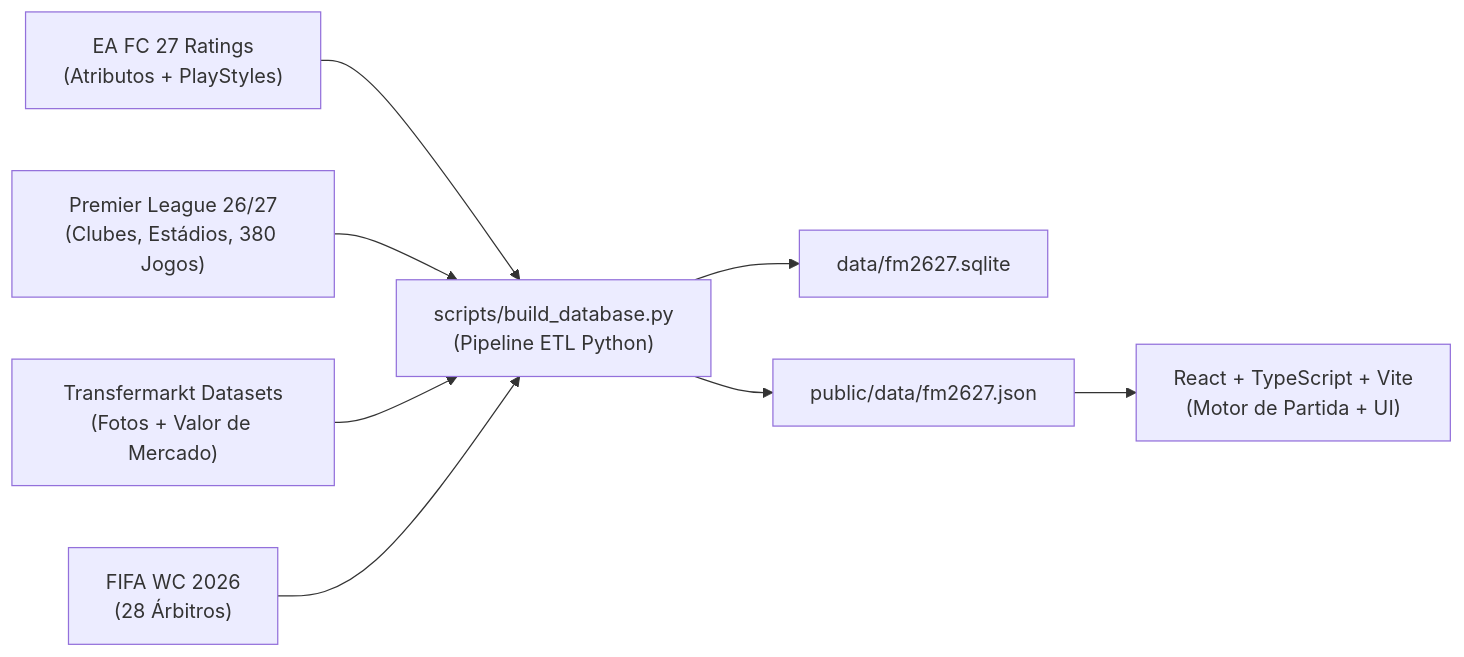
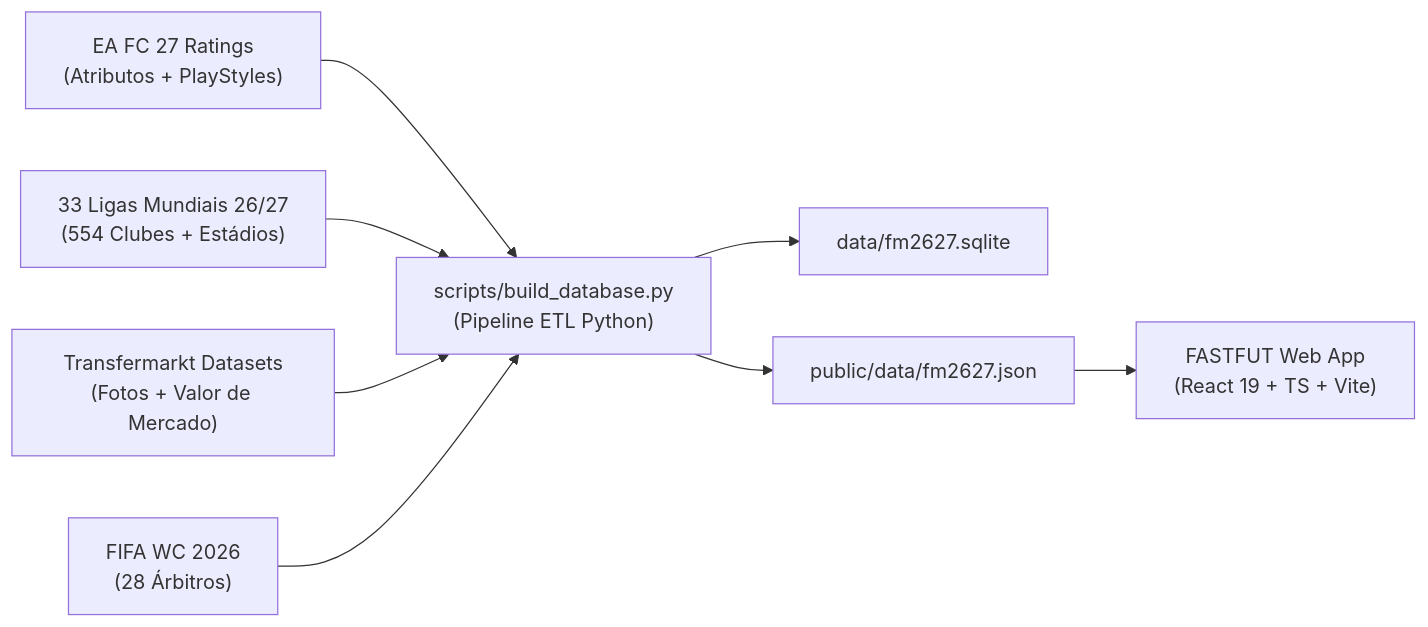
The diagram in README.md (salanmato/fastfut), drawn with Mermaid before and after one commit. The commit also changed other lines of this file and 5 other files, not shown here.

````diff
--- a/README.md
+++ b/README.md
@@ -37,10 +36,10 @@
 ```mermaid
 flowchart LR
     A["EA FC 27 Ratings<br/>(Atributos + PlayStyles)"] --> E["scripts/build_database.py<br/>(Pipeline ETL Python)"]
-    B["Premier League 26/27<br/>(Clubes, Estádios, 380 Jogos)"] --> E
+    B["33 Ligas Mundiais 26/27<br/>(554 Clubes + Estádios)"] --> E
     C["Transfermarkt Datasets<br/>(Fotos + Valor de Mercado)"] --> E
     D["FIFA WC 2026<br/>(28 Árbitros)"] --> E
     E --> F["data/fm2627.sqlite"]
     E --> G["public/data/fm2627.json"]
-    G --> H["React + TypeScript + Vite<br/>(Motor de Partida + UI)"]
+    G --> H["FASTFUT Web App<br/>(React 19 + TS + Vite)"]
 ```
````
